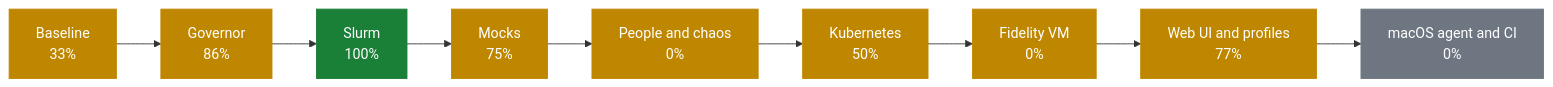
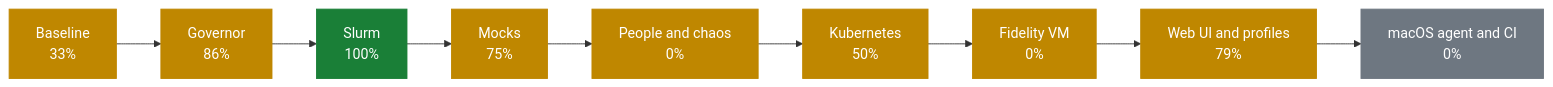
One commit to AhmedYousriSobhi/workbench changed the first of 2 diagrams in docs/PROGRESS.md. Above: the diagram before and after it, drawn with Mermaid. The commit also changed other lines of this file and 7 other files, not shown here.

Commit message:
feat(ui): governor panel from the top bar, entity tree, larger traffic diagram (#125)

````diff
--- a/docs/PROGRESS.md
+++ b/docs/PROGRESS.md
@@ -10,17 +10,17 @@
 ```mermaid
 flowchart LR
     p0["Baseline<br/>33%"]:::partial
     p1["Governor<br/>86%"]:::partial
     p2["Slurm<br/>100%"]:::done
     p3["Mocks<br/>75%"]:::partial
     p4["People and chaos<br/>0%"]:::partial
     p5["Kubernetes<br/>50%"]:::partial
     p6["Fidelity VM<br/>0%"]:::partial
-    p7["Web UI and profiles<br/>77%"]:::partial
+    p7["Web UI and profiles<br/>79%"]:::partial
     p8["macOS agent and CI<br/>0%"]:::todo
     p0 --> p1 --> p2 --> p3 --> p4 --> p5 --> p6 --> p7 --> p8
     classDef done fill:#1a7f37,stroke:#1a7f37,color:#fff
     classDef review fill:#0969da,stroke:#0969da,color:#fff
     classDef partial fill:#bf8700,stroke:#bf8700,color:#fff
     classDef todo fill:#6e7781,stroke:#6e7781,color:#fff
 ```
````
